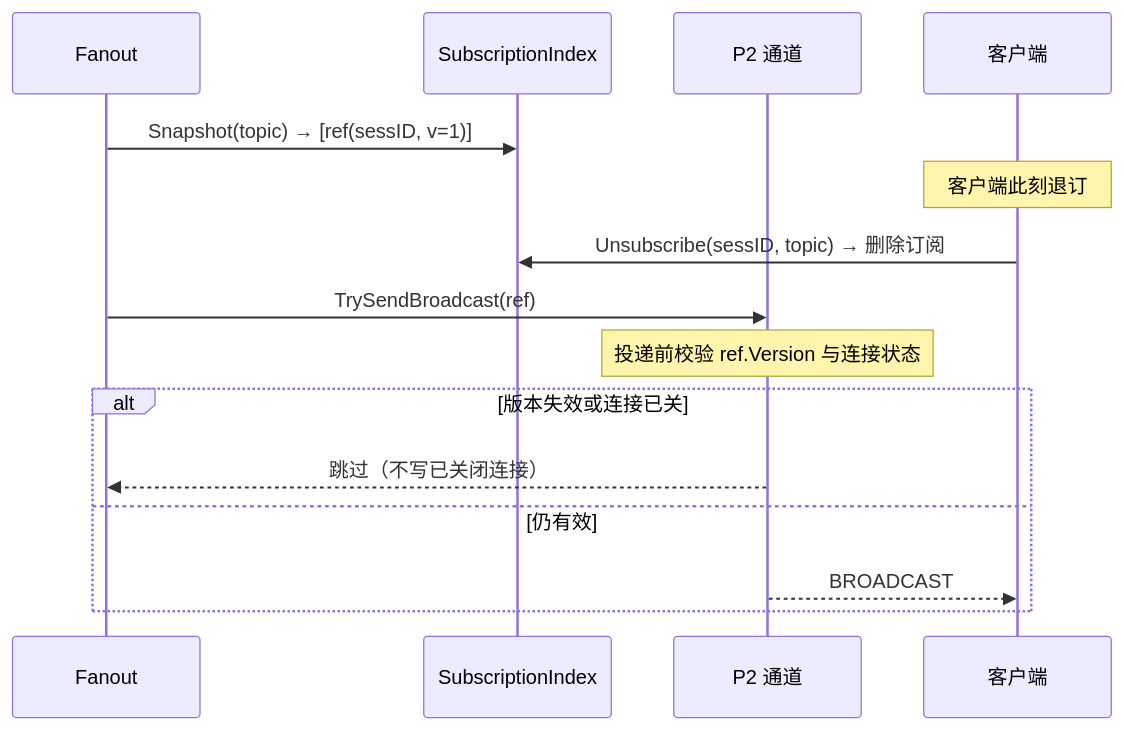
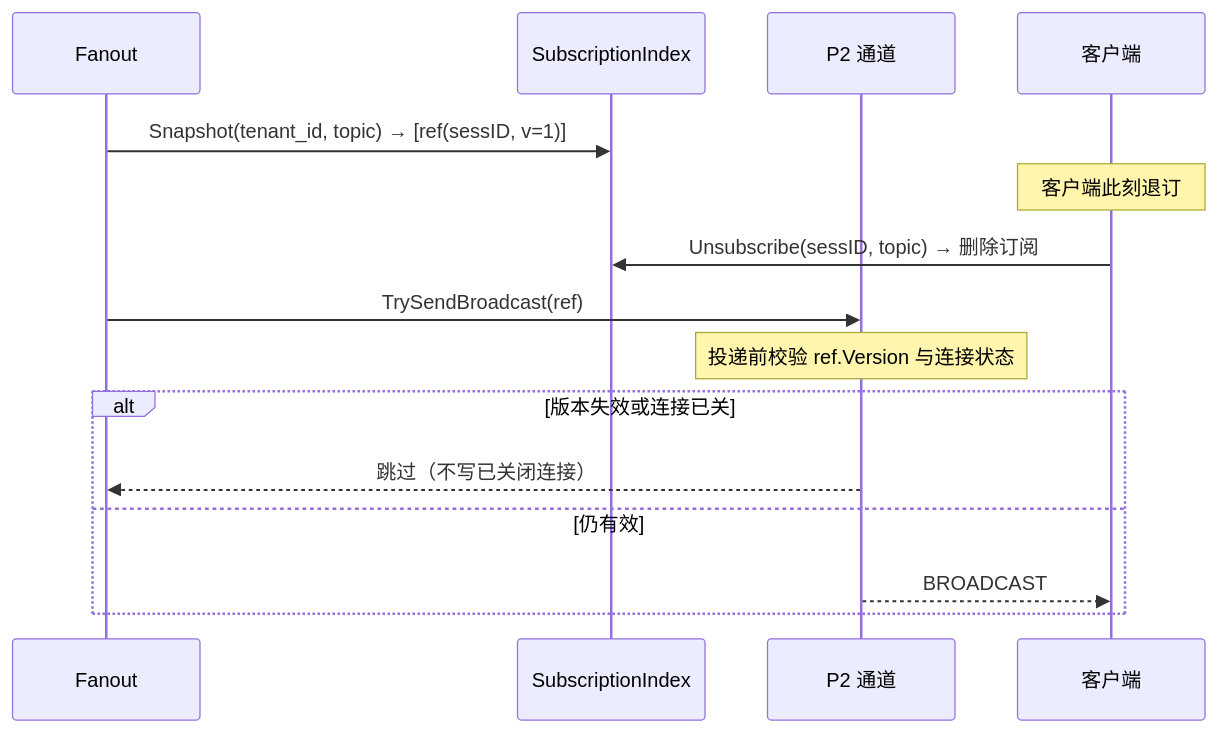
The third of 4 diagrams in docs/S3 订阅与广播 - 详细设计 LLD.md (pickle-theo/RelayX), drawn with Mermaid before and after one commit. The commit also changed other lines of this file and 52 other files, not shown here.

````diff
--- a/docs/S3 订阅与广播 - 详细设计 LLD.md
+++ b/docs/S3 订阅与广播 - 详细设计 LLD.md
@@ -471,18 +476,18 @@
 ```mermaid
 sequenceDiagram
     participant F as Fanout
     participant I as SubscriptionIndex
     participant P as P2 通道
     participant C as 客户端
 
-    F->>I: Snapshot(topic) → [ref(sessID, v=1)]
+    F->>I: Snapshot(tenant_id, topic) → [ref(sessID, v=1)]
     Note over C: 客户端此刻退订
     C->>I: Unsubscribe(sessID, topic) → 删除订阅
     F->>P: TrySendBroadcast(ref)
     Note over P: 投递前校验 ref.Version 与连接状态
     alt 版本失效或连接已关
         P-->>F: 跳过（不写已关闭连接）
     else 仍有效
         P-->>C: BROADCAST
     end
 ```
````
